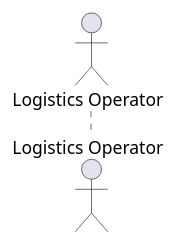
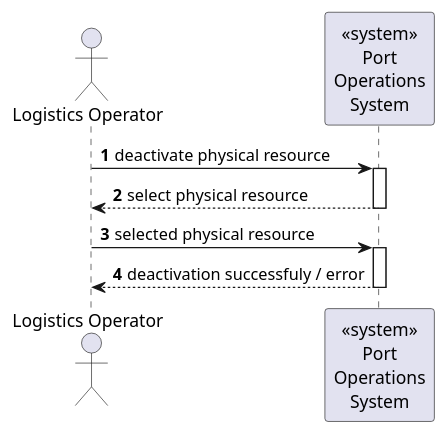
One commit to Departamento-de-Engenharia-Informatica/LEI-SEM5-PI-2025-26-3DK-04 changed the diagram in docs/sprint1/level1/process_view/1230762 - João Monteiro/US 2.2.12/SD_US2.2.12_DEACTIVATE.puml. Above: the diagram before and after it, drawn with PlantUML. The commit also changed 20 other files, not shown here.

```diff
--- a/docs/sprint1/level1/process_view/1230762 - João Monteiro/US 2.2.12/SD_US2.2.12_DEACTIVATE.puml
+++ b/docs/sprint1/level1/process_view/1230762 - João Monteiro/US 2.2.12/SD_US2.2.12_DEACTIVATE.puml
@@ -1,6 +1,16 @@
 @startuml SD_US2.2.12_DEACTIVATE
 autonumber
 
 actor "Logistics Operator" as Operator
+participant "<<system>>\nPort\nOperations\nSystem" as System
 
+Operator -> System : deactivate physical resource
+activate System
+System --> Operator : select physical resource
+deactivate System
+
+Operator -> System : selected physical resource
+activate System
+System --> Operator : deactivation successfuly / error
+deactivate System
 @enduml
```
